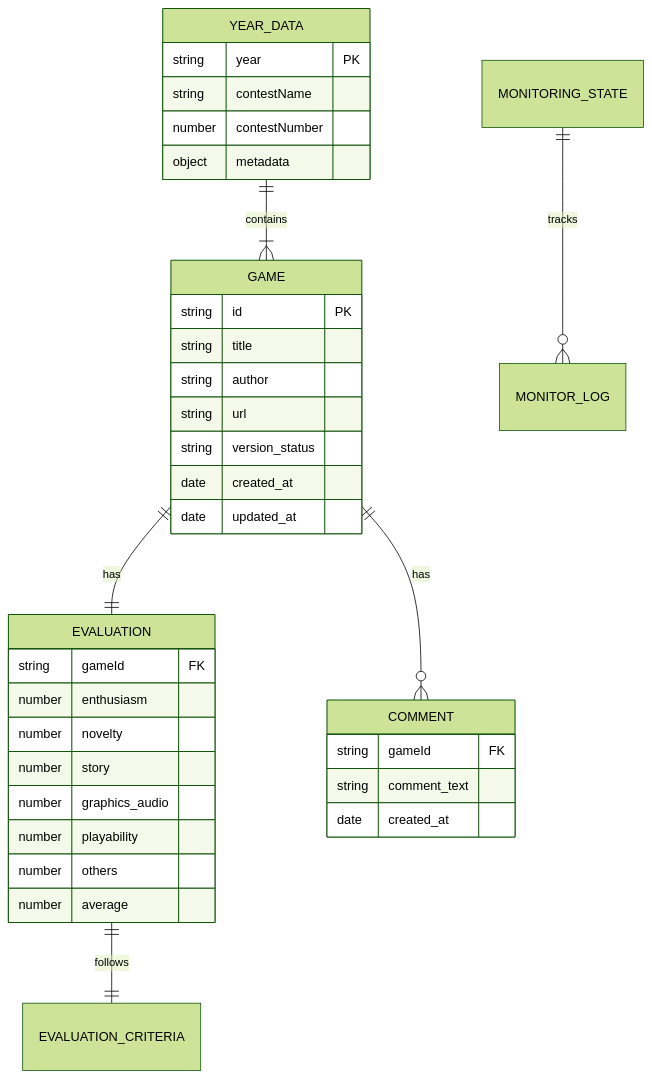
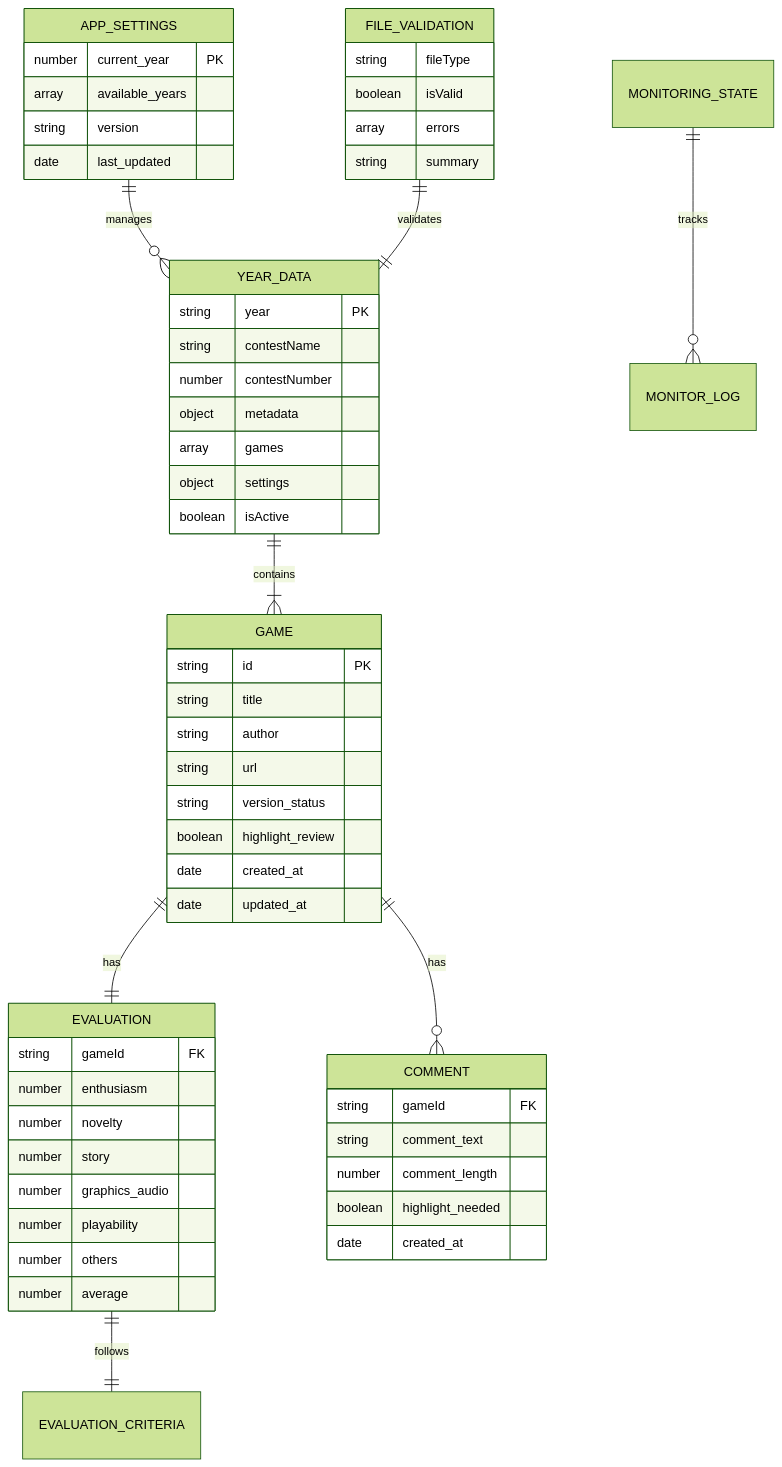
One commit to actpike/wudiConsuke changed the fifth of 7 diagrams in .kiro/specs/wudiConsuke-documentation/design.md. Above: the diagram before and after it, drawn with Mermaid (forest theme). The commit also changed other lines of this file and 18 other files, not shown here.

````diff
--- a/.kiro/specs/wudiConsuke-documentation/design.md
+++ b/.kiro/specs/wudiConsuke-documentation/design.md
@@ -237,42 +356,64 @@
 ```mermaid
 erDiagram
+    APP_SETTINGS ||--o{ YEAR_DATA : "manages"
     YEAR_DATA ||--|{ GAME : "contains"
     GAME ||--|| EVALUATION : "has"
     GAME ||--o{ COMMENT : "has"
     MONITORING_STATE ||--o{ MONITOR_LOG : "tracks"
     EVALUATION ||--|| EVALUATION_CRITERIA : "follows"
+    FILE_VALIDATION ||--|| YEAR_DATA : "validates"
+    
+    APP_SETTINGS {
+        number current_year PK
+        array available_years
+        string version
+        date last_updated
+    }
     
     YEAR_DATA {
         string year PK
         string contestName
         number contestNumber
         object metadata
+        array games
+        object settings
+        boolean isActive
     }
     
     GAME {
         string id PK
         string title
         string author
         string url
         string version_status
+        boolean highlight_review
         date created_at
         date updated_at
     }
     
     EVALUATION {
         string gameId FK
         number enthusiasm
         number novelty  
         number story
         number graphics_audio
         number playability
         number others
         number average
     }
     
     COMMENT {
         string gameId FK
         string comment_text
+        number comment_length
+        boolean highlight_needed
         date created_at
     }
+    
+    FILE_VALIDATION {
+        string fileType
+        boolean isValid
+        array errors
+        string summary
+    }
 ```
````
